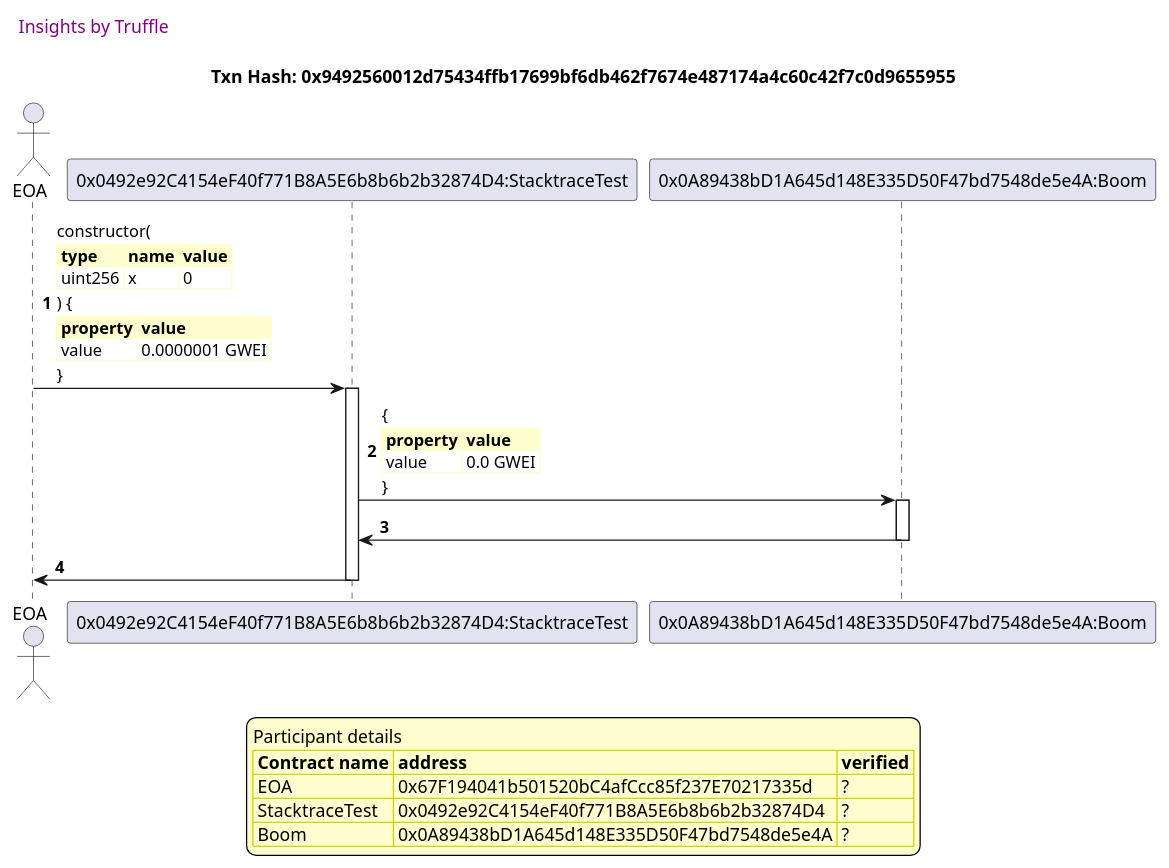
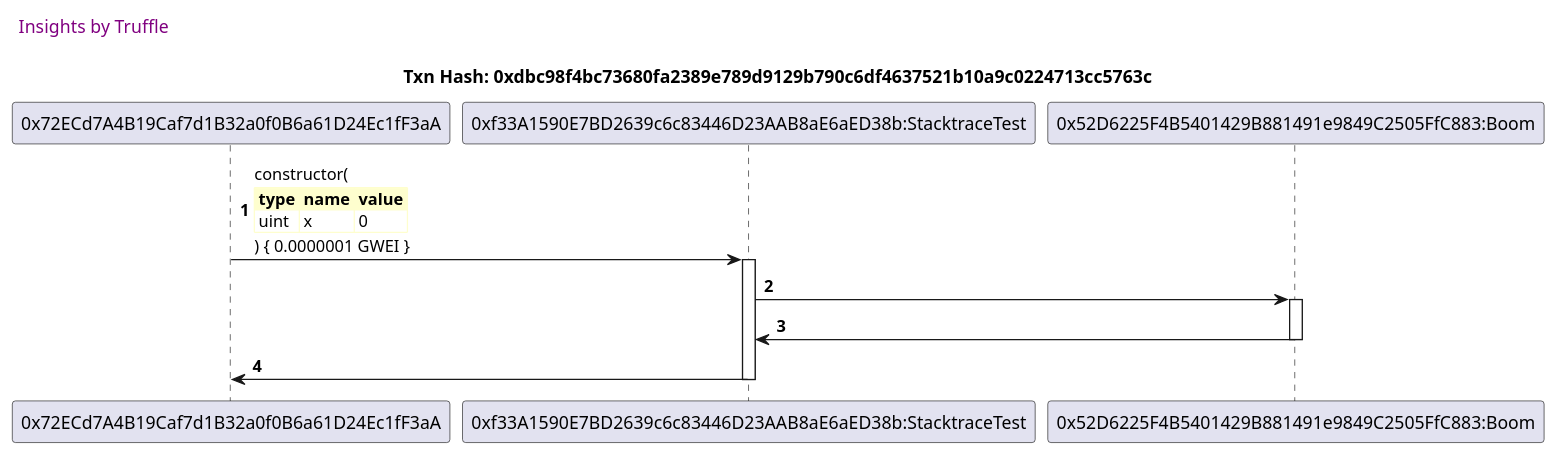
Before and after one commit to trufflesuite/txlog-seedlings: the third of 14 diagrams in truffle-seq/stacktrace.test.md, drawn with PlantUML. The commit also changed other lines of this file and 3 other files, not shown here.

````diff
--- a/truffle-seq/stacktrace.test.md
+++ b/truffle-seq/stacktrace.test.md
@@ -136,58 +92,32 @@
 ```plantuml
 
 
 @startuml
 
 autonumber
 skinparam legendBackgroundColor #FEFECE
 
 <style>
       header {
         HorizontalAlignment left
         FontColor purple
         FontSize 14
         Padding 10
       }
     </style>
 
 header Insights by Truffle
 
-title Txn Hash: 0x9492560012d75434ffb17699bf6db462f7674e487174a4c60c42f7c0d9655955
+title Txn Hash: 0xdbc98f4bc73680fa2389e789d9129b790c6df4637521b10a9c0224713cc5763c
 
 
-actor EOA as "EOA"
-
-participant StacktraceTest as "0x0492e92C4154eF40f771B8A5E6b8b6b2b32874D4:StacktraceTest"
-
-participant Boom as "0x0A89438bD1A645d148E335D50F47bd7548de5e4A:Boom"
-
-"EOA" -> "StacktraceTest" ++: constructor(\n\
+"0x72ECd7A4B19Caf7d1B32a0f0B6a61D24Ec1fF3aA" -> "0xf33A1590E7BD2639c6c83446D23AAB8aE6aED38b:StacktraceTest" ++: constructor(\n\
 <#FEFECE,#FEFECE>|= type |= name |= value |\n\
-| uint256 | x | 0 |\n\
-) {\n\
-<#FEFECE,#FEFECE>|= property |= value|\n\
-| value | 0.0000001 GWEI |\n\
-}
-
-"StacktraceTest" -> "Boom" ++: {\n\
-<#FEFECE,#FEFECE>|= property |= value|\n\
-| value | 0.0 GWEI |\n\
-}
-
-"Boom" -> "StacktraceTest" --: 
-
-"StacktraceTest" -> "EOA" --: 
-
-
-
-legend
-Participant details
-<#FEFECE,#D0D000>|= Contract name |= address |= verified |
-<#FEFECE>| EOA | 0x67F194041b501520bC4afCcc85f237E70217335d | ? |
-<#FEFECE>| StacktraceTest | 0x0492e92C4154eF40f771B8A5E6b8b6b2b32874D4 | ? |
-<#FEFECE>| Boom | 0x0A89438bD1A645d148E335D50F47bd7548de5e4A | ? |
-endlegend
-
+| uint | x | 0 |\n\
+) { 0.0000001 GWEI }
+"0xf33A1590E7BD2639c6c83446D23AAB8aE6aED38b:StacktraceTest" -> "0x52D6225F4B5401429B881491e9849C2505FfC883:Boom" ++: 
+"0x52D6225F4B5401429B881491e9849C2505FfC883:Boom" -> "0xf33A1590E7BD2639c6c83446D23AAB8aE6aED38b:StacktraceTest" --: 
+"0xf33A1590E7BD2639c6c83446D23AAB8aE6aED38b:StacktraceTest" -> "0x72ECd7A4B19Caf7d1B32a0f0B6a61D24Ec1fF3aA" --: 
 
 @enduml
 ```
````
